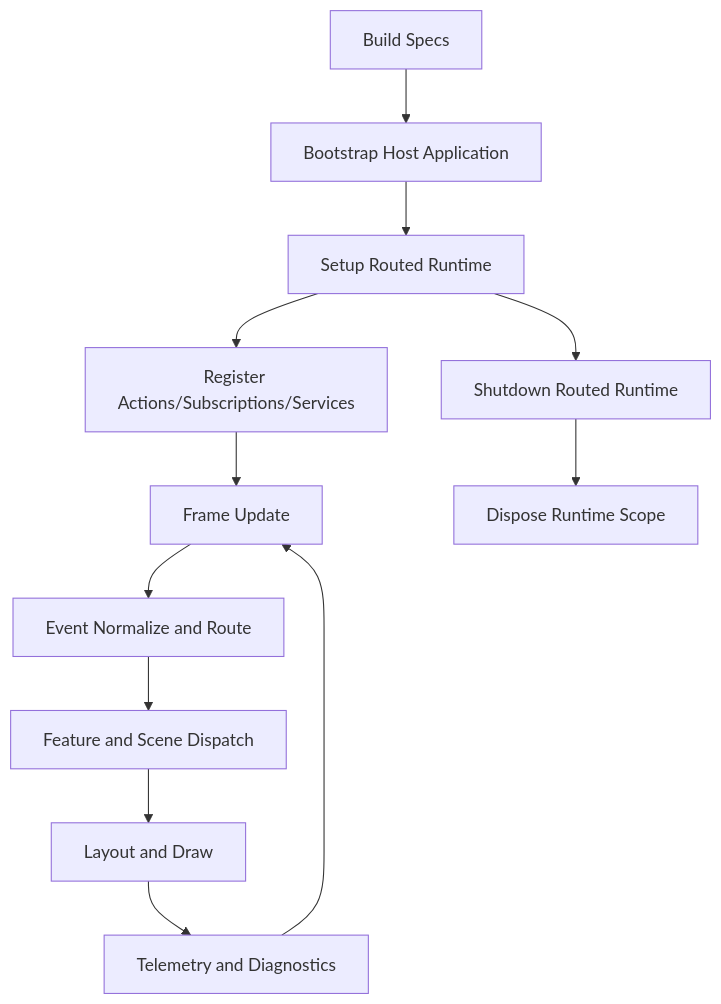
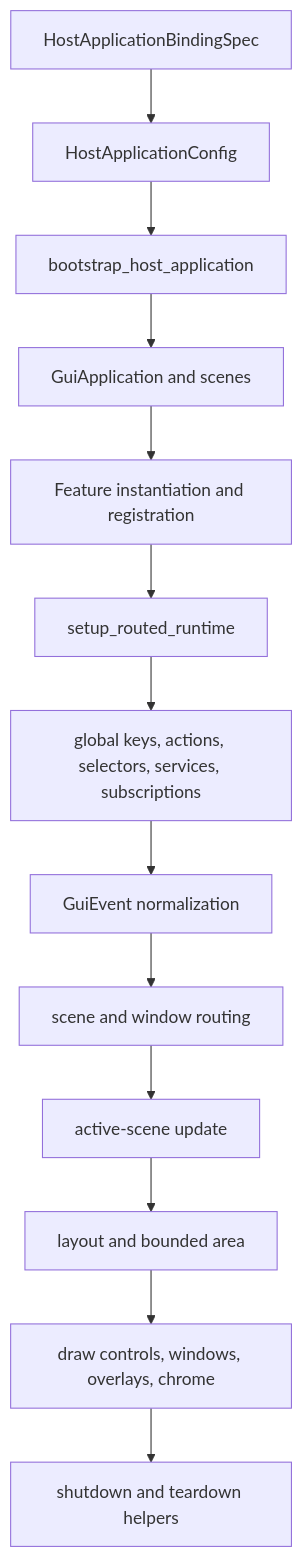
The second of 3 diagrams in MANUAL.md (corekase/gui_do), drawn with Mermaid before and after one commit. The commit also changed other lines of this file and 3 other files, not shown here.

````diff
--- a/MANUAL.md
+++ b/MANUAL.md
@@ -700,14 +1120,15 @@
 ```mermaid
 flowchart TD
-  A[Build Specs] --> B[Bootstrap Host Application]
-  B --> C[Setup Routed Runtime]
-  C --> D[Register Actions/Subscriptions/Services]
-  D --> E[Frame Update]
-  E --> F[Event Normalize and Route]
-  F --> G[Feature and Scene Dispatch]
-  G --> H[Layout and Draw]
-  H --> I[Telemetry and Diagnostics]
-  I --> E
-  C --> J[Shutdown Routed Runtime]
-  J --> K[Dispose Runtime Scope]
+    A[HostApplicationBindingSpec] --> B[HostApplicationConfig]
+    B --> C[bootstrap_host_application]
+    C --> D[GuiApplication and scenes]
+    D --> E[Feature instantiation and registration]
+    E --> F[setup_routed_runtime]
+    F --> G[global keys, actions, selectors, services, subscriptions]
+    G --> H[GuiEvent normalization]
+    H --> I[scene and window routing]
+    I --> J[active-scene update]
+    J --> K[layout and bounded area]
+    K --> L[draw controls, windows, overlays, chrome]
+    L --> M[shutdown and teardown helpers]
 ```
````
